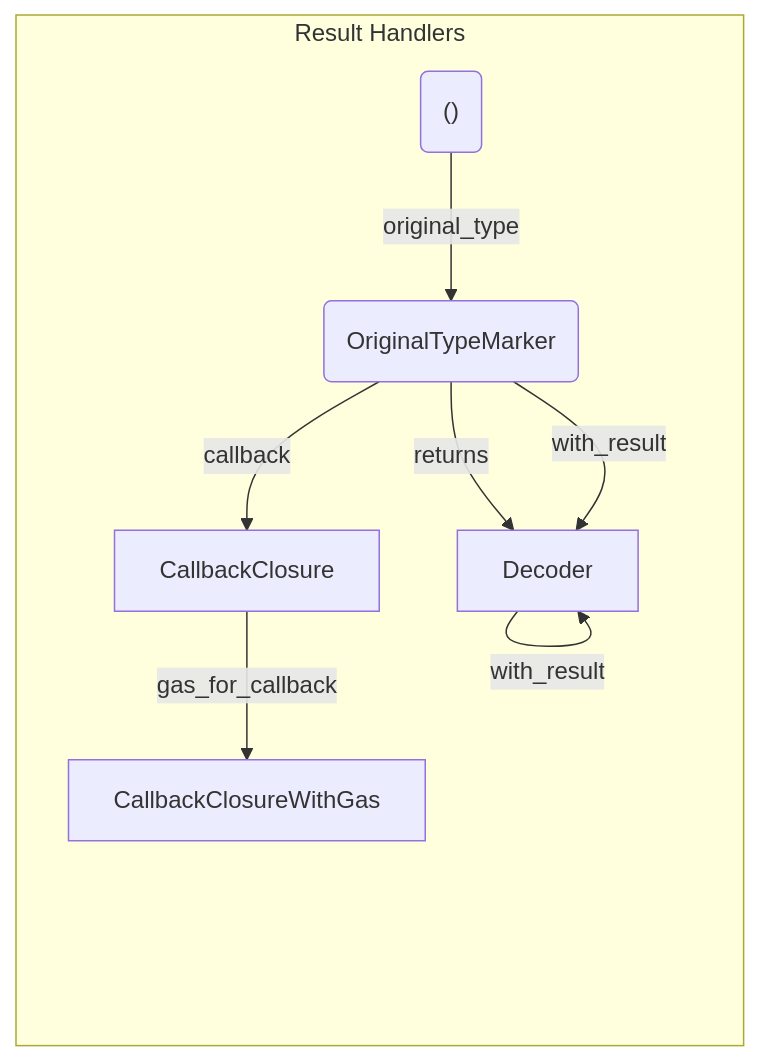
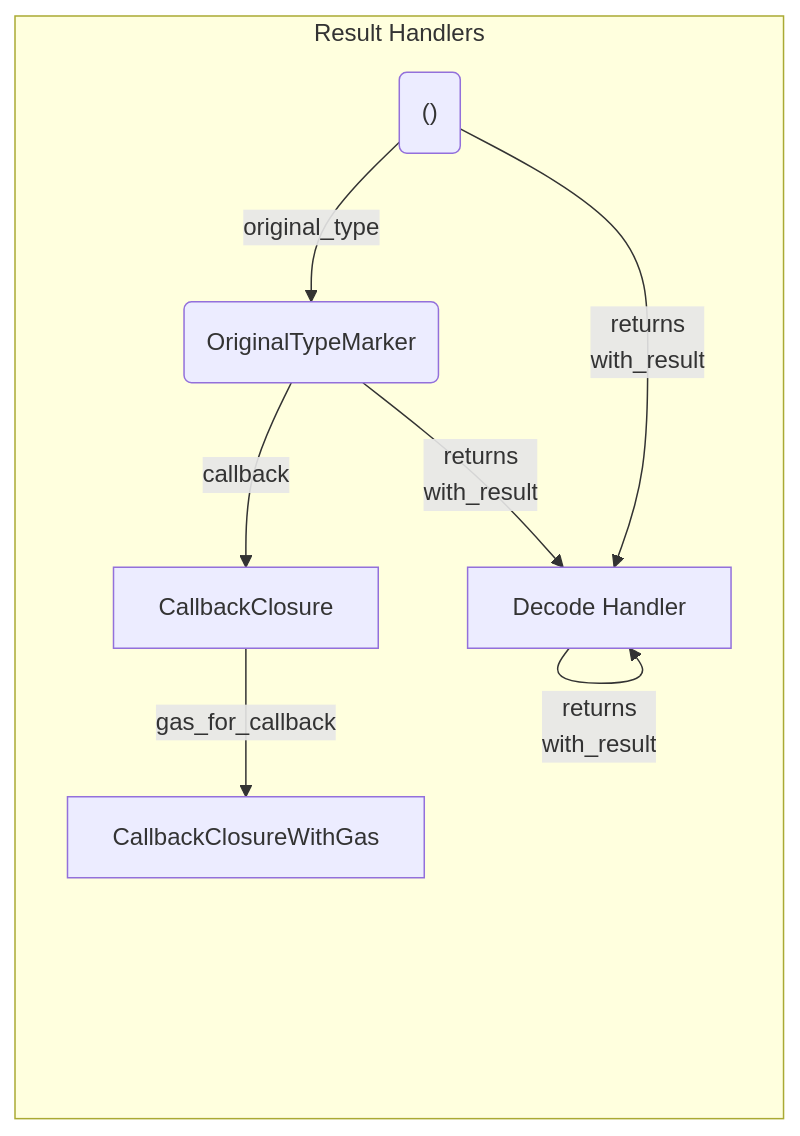
One commit to multiversx/mx-docs changed the eighth of 8 diagrams in docs/developers/transactions/tx-overview.md. Above: the diagram before and after it, drawn with Mermaid. The commit also changed other lines of this file and 7 other files, not shown here.

Commit message:
unified syntax - diagrams

````diff
--- a/docs/developers/transactions/tx-overview.md
+++ b/docs/developers/transactions/tx-overview.md
@@ -278,12 +279,12 @@
 ```mermaid
 graph LR
     subgraph Result Handlers
         rh-unit("()")
         rh-unit -->|original_type| rh-ot("OriginalTypeMarker<T>")
         rh-ot -->|callback| CallbackClosure -->|gas_for_callback| CallbackClosureWithGas
-        rh-ot -->|returns| Decoder
-        rh-ot -->|with_result| Decoder
-        Decoder -->|returns| Decoder
-        Decoder -->|with_result| Decoder
+        dh[Decode Handler]
+        rh-unit -->|"returns<br />with_result"| dh
+        rh-ot -->|"returns<br />with_result"| dh
+        dh -->|"returns<br />with_result"| dh
     end
 ```
````
